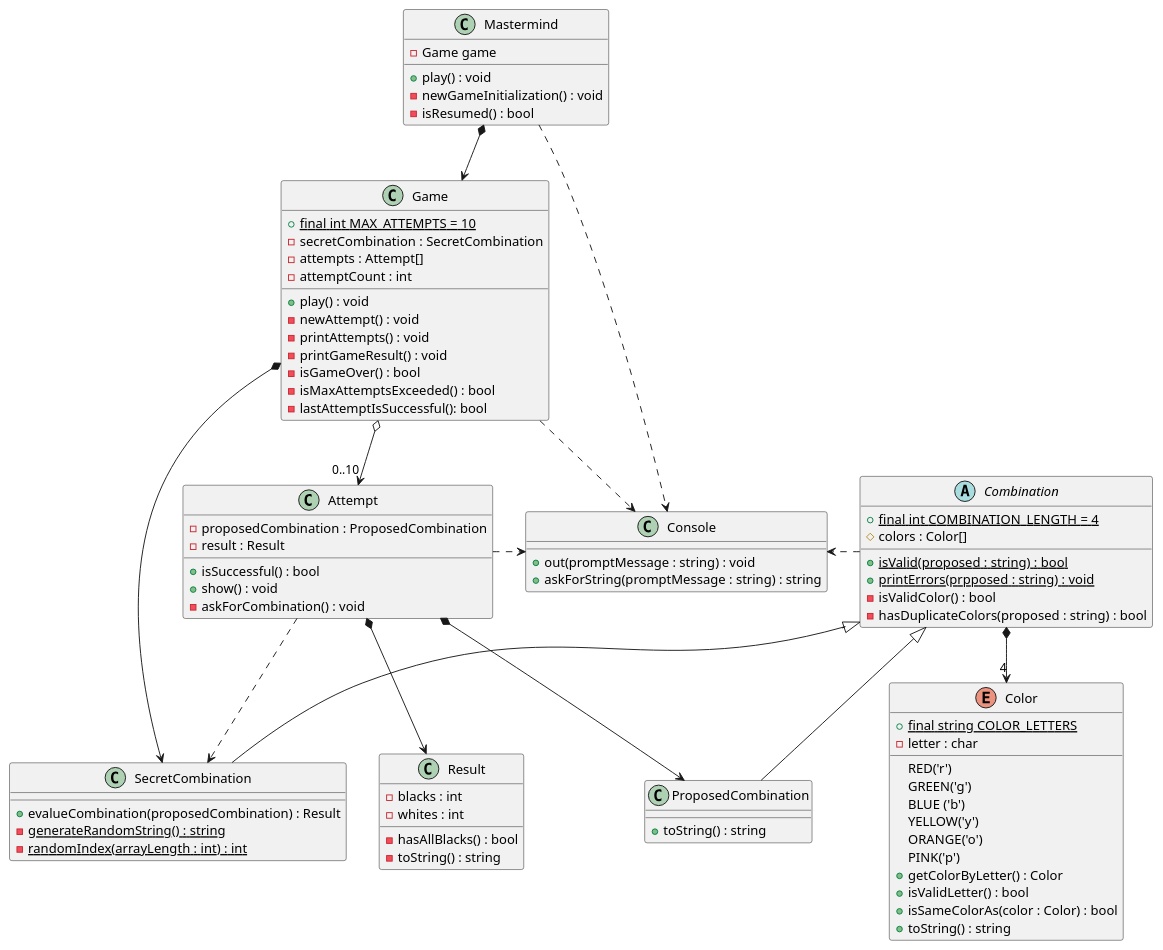
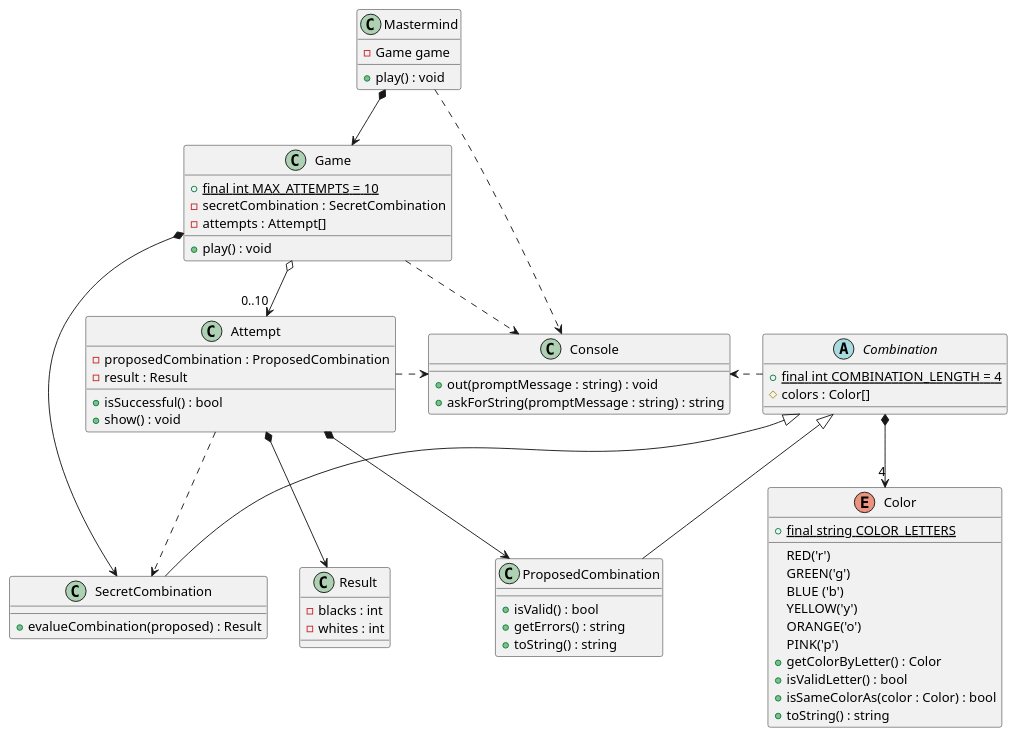
Before and after one commit to Master-Desarrollo-20-21/ejercicio-1-relaciones-entre-clases-rbadenas: the diagram in mastermind.wsd, drawn with PlantUML.

Commit message:
Deleted all private methods

```diff
--- a/mastermind.wsd
+++ b/mastermind.wsd
@@ -1,105 +1,90 @@
 @startuml Mastermind
 
 
 class Mastermind {
     -Game game
     +play() : void
-    -newGameInitialization() : void
-    -isResumed() : bool
 }
 
 
 
 class Game {
     +{static} final int MAX_ATTEMPTS = 10
     -secretCombination : SecretCombination
     -attempts : Attempt[]
-    -attemptCount : int
     +play() : void
-    -newAttempt() : void
-    -printAttempts() : void
-    -printGameResult() : void
-    -isGameOver() : bool
-    -isMaxAttemptsExceeded() : bool
-    -lastAttemptIsSuccessful(): bool
 }
 
 class Attempt{
     -proposedCombination : ProposedCombination
     -result : Result
     +isSuccessful() : bool
     +show() : void
-    -askForCombination() : void
 }
 
 
 class Result{
     -blacks : int
     -whites : int
-    -hasAllBlacks() : bool
-    -toString() : string
 }
 
 enum Color{
     RED('r')
     GREEN('g')
     BLUE ('b')
     YELLOW('y')
     ORANGE('o')
     PINK('p')
 
     +{static} final string COLOR_LETTERS
-    -letter : char
     +getColorByLetter() : Color
     +isValidLetter() : bool
     +isSameColorAs(color : Color) : bool
     +toString() : string
 
 }
 
 abstract class Combination{
     +{static} final int COMBINATION_LENGTH = 4
-    #colors : Color[]
-    +{static} isValid(proposed : string) : bool
-    +{static} printErrors(prpposed : string) : void
-    -isValidColor() : bool
-    -hasDuplicateColors(proposed : string) : bool
+    # colors : Color[]
+
 }
 
 class SecretCombination{
-    +evalueCombination(proposedCombination) : Result
-    -{static} generateRandomString() : string
-    -{static} randomIndex(arrayLength : int) : int
+    +evalueCombination(proposed) : Result
 }
 
 class ProposedCombination{
+    +isValid() : bool
+    +getErrors() : string
     +toString() : string
 }
 
 class Console{
     +out(promptMessage : string) : void
     +askForString(promptMessage : string) : string
 }
 
 
 Mastermind *--> Game
 
 Game *--> SecretCombination
 Game o--> "0..10" Attempt
 
 Combination <|-- SecretCombination
 Combination <|-- ProposedCombination
 
 Combination *--> "4" Color
 
 Attempt *--> ProposedCombination
 Attempt *--> Result
 
 Attempt ..> SecretCombination
 
 Mastermind .> Console
 Game .> Console
 Attempt .> Console
 Combination .> Console
+'ProposedCombination .up.> Console
 
 @enduml
```
